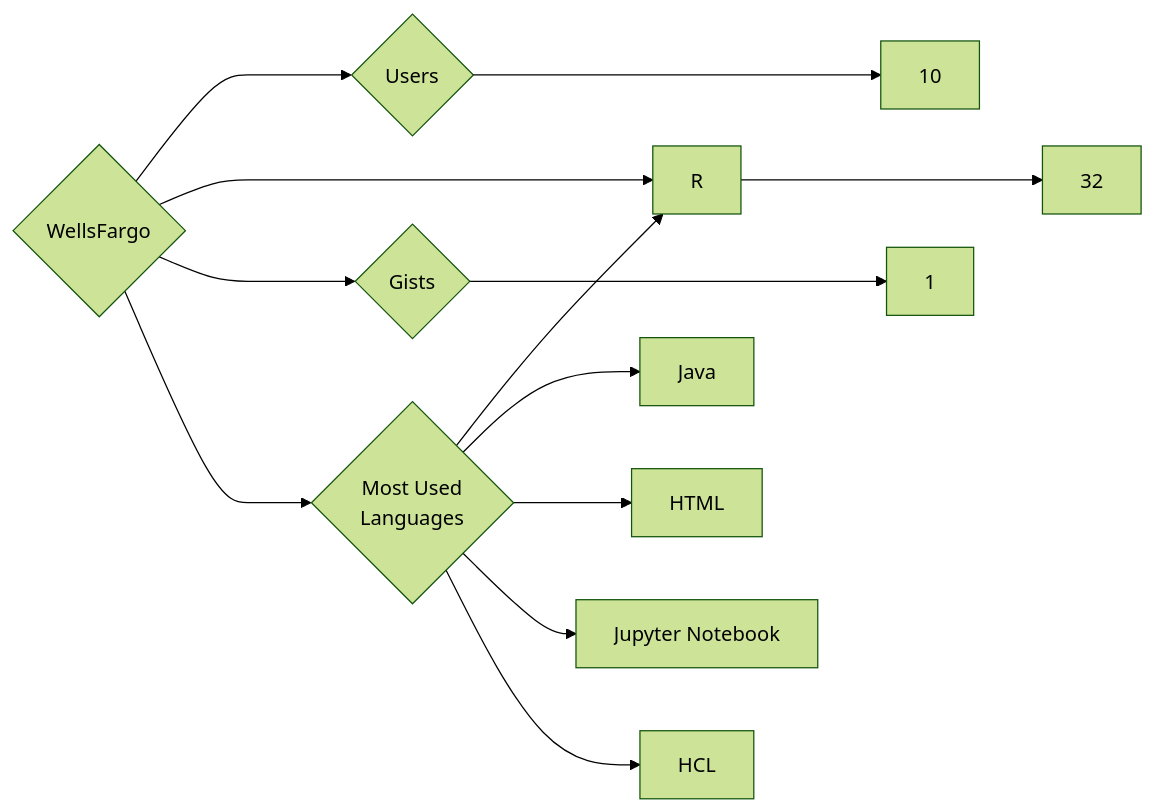
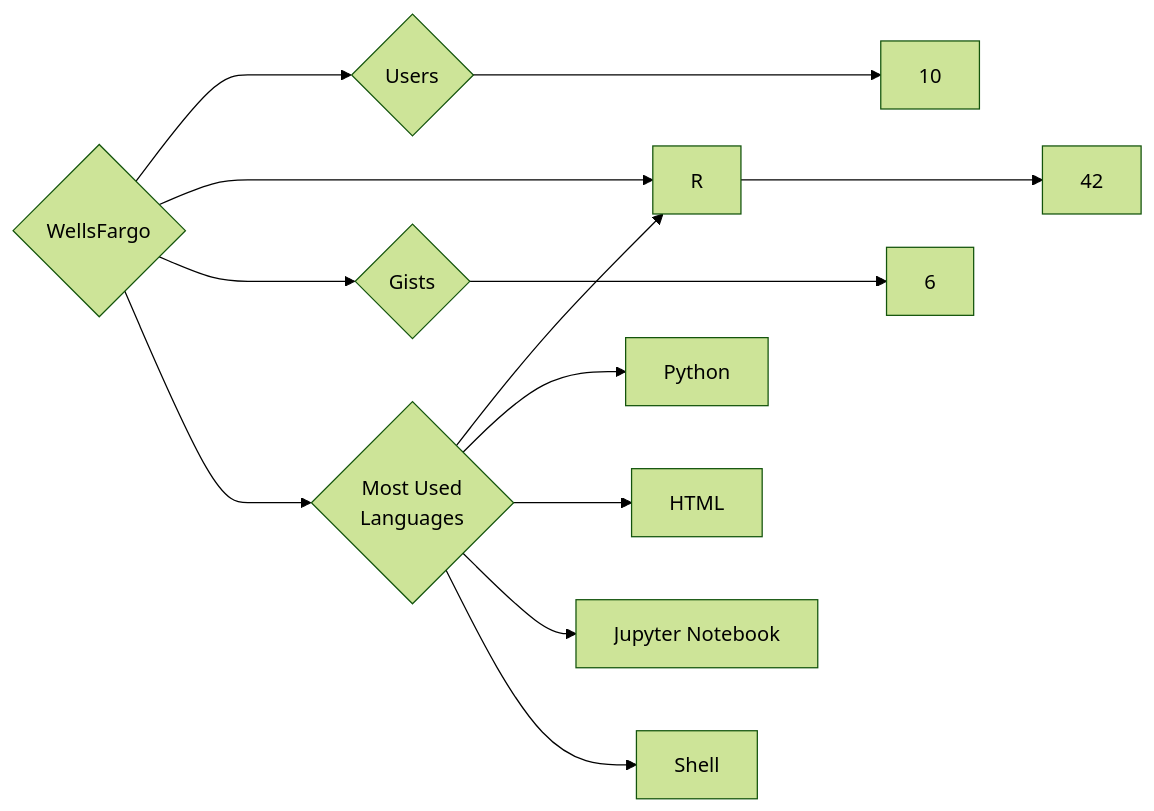
Before and after one commit to trickest/insiders: the diagram in targets/WellsFargo/README.md, drawn with Mermaid (forest theme). The commit also changed 871 other files, not shown here.

````diff
--- a/targets/WellsFargo/README.md
+++ b/targets/WellsFargo/README.md
@@ -3,13 +3,13 @@
 ```mermaid
 graph LR
 COMPANY_NAME{WellsFargo}
 COMPANY_NAME ---> U{Users} ---> UN[10]
-COMPANY_NAME ---> R{Repositories} ---> RN[32]
-COMPANY_NAME ---> G{Gists} ---> GN[1]
+COMPANY_NAME ---> R{Repositories} ---> RN[42]
+COMPANY_NAME ---> G{Gists} ---> GN[6]
 COMPANY_NAME ---> ML{Most Used<br>Languages}
 ML --> R[R]
-ML --> Java[Java]
+ML --> Python[Python]
 ML --> HTML[HTML]
 ML --> Jupyter_Notebook[Jupyter Notebook]
-ML --> HCL[HCL]
+ML --> Shell[Shell]
 ```
````
